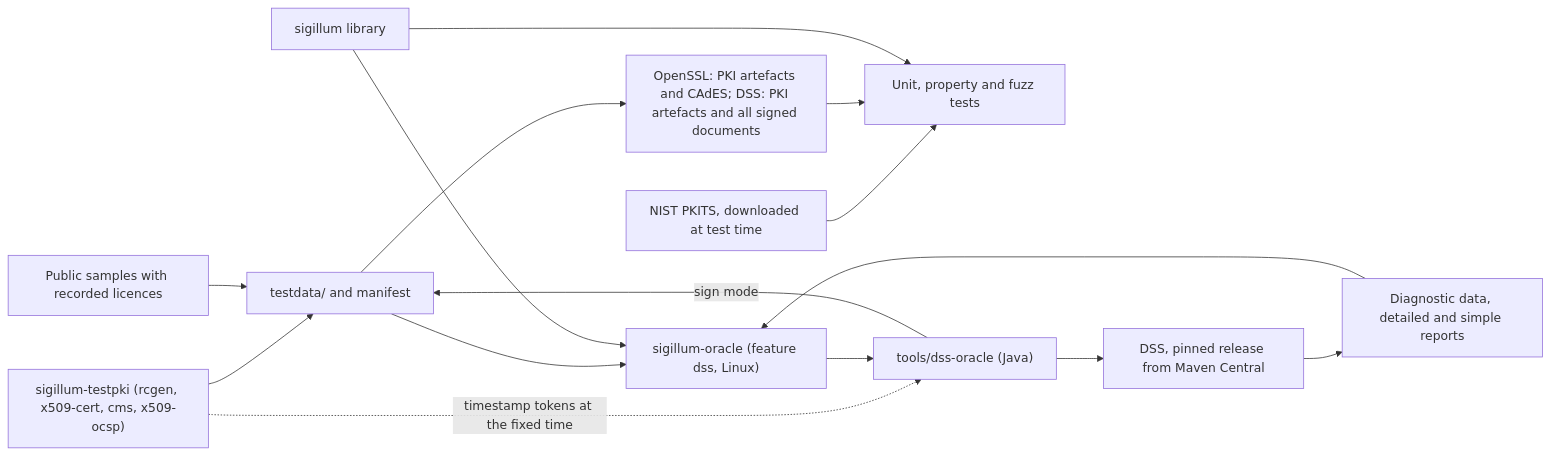
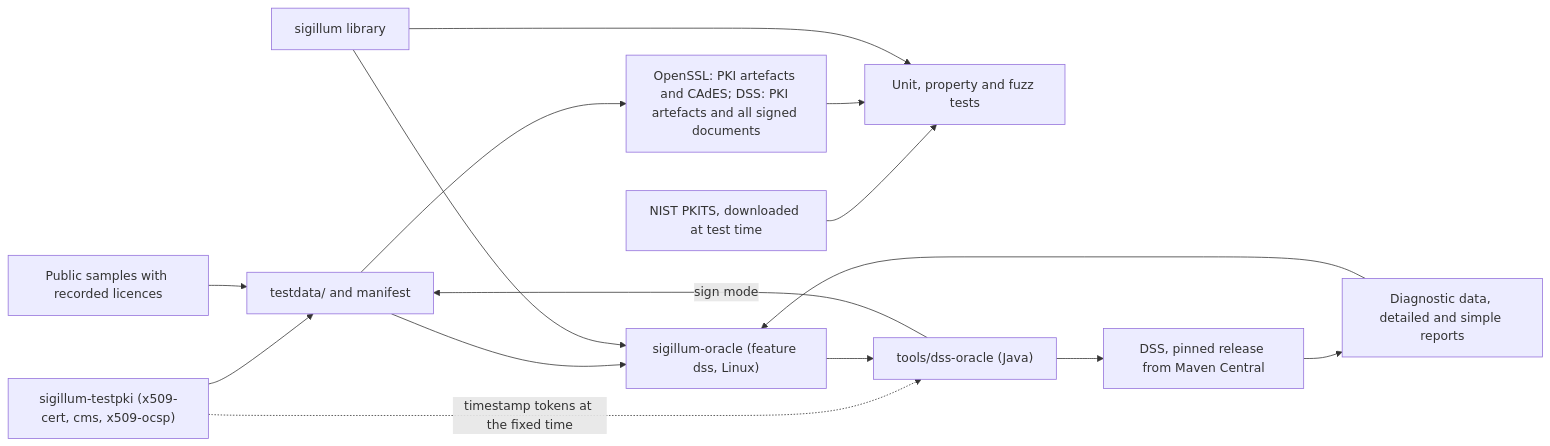
The second of 2 diagrams in docs/design/architecture.md (cyberverso-net/sigillum), drawn with Mermaid before and after one commit. The commit also changed 38 other files, not shown here.

````diff
--- a/docs/design/architecture.md
+++ b/docs/design/architecture.md
@@ -75,17 +75,17 @@
 ```mermaid
 flowchart LR
-    TPKI["sigillum-testpki (rcgen, x509-cert, cms, x509-ocsp)"] --> DATA["testdata/ and manifest"]
+    TPKI["sigillum-testpki (x509-cert, cms, x509-ocsp)"] --> DATA["testdata/ and manifest"]
     PKITS["NIST PKITS, downloaded at test time"] --> TESTS
     SAMPLES["Public samples with recorded licences"] --> DATA
     CLI -- "sign mode" --> DATA
     TPKI -. "timestamp tokens at the fixed time" .-> CLI
     DATA --> CHECK["OpenSSL: PKI artefacts and CAdES; DSS: PKI artefacts and all signed documents"]
     CHECK --> TESTS["Unit, property and fuzz tests"]
     DATA --> ORACLE["sigillum-oracle (feature dss, Linux)"]
     LIB["sigillum library"] --> TESTS
     LIB --> ORACLE
     ORACLE --> CLI["tools/dss-oracle (Java)"]
     CLI --> DSS["DSS, pinned release from Maven Central"]
     DSS --> REPORTS["Diagnostic data, detailed and simple reports"]
     REPORTS --> ORACLE
 ```
````
